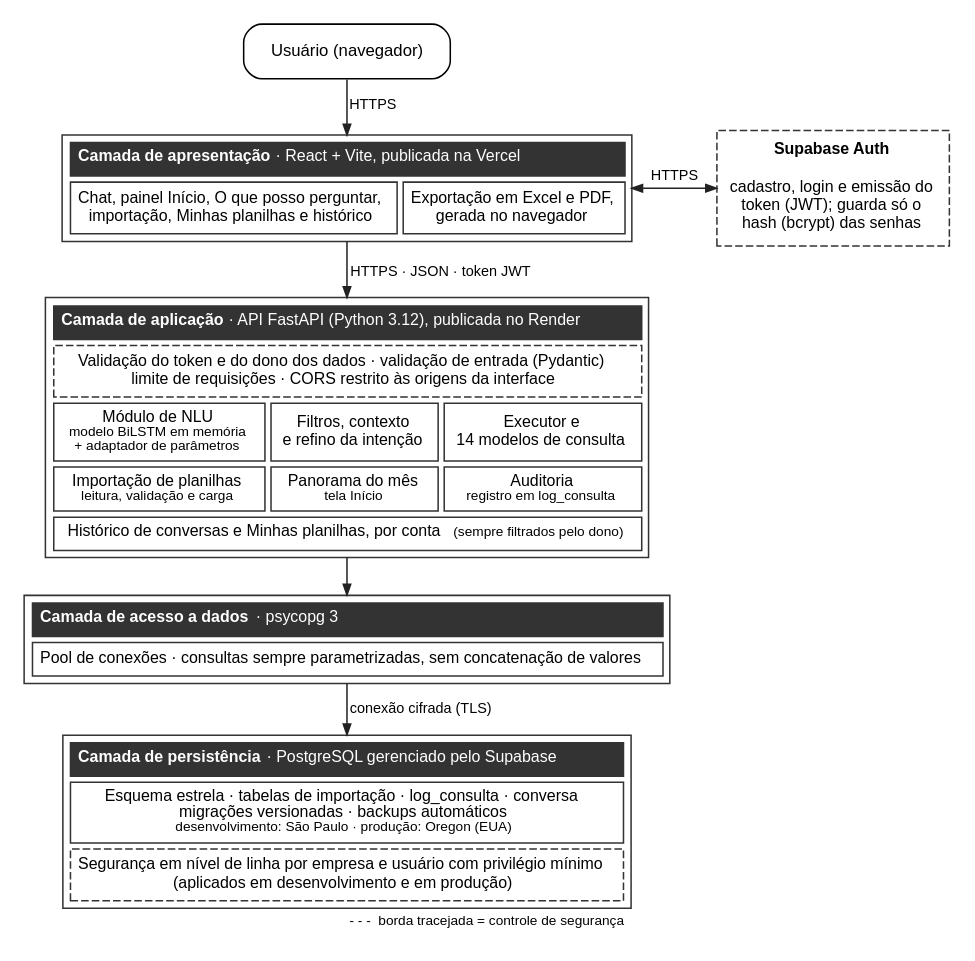
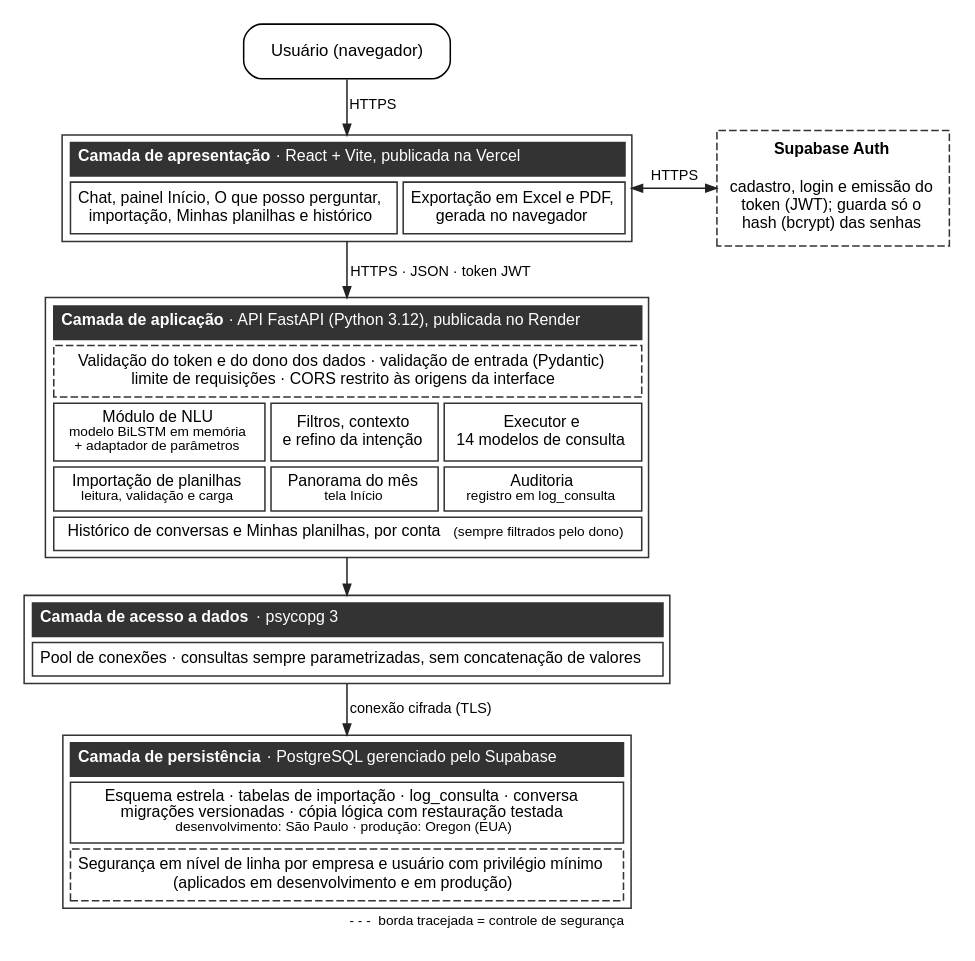
The diagram in docs/diagramas/arquitetura_camadas.dot (intellix-tcc/Intellix), drawn with Graphviz before and after one commit. The commit also changed 3 other files, not shown here.

Commit message:
docs(diagramas): figura 6 sem backup automatico e hexagonal com achados 07-01 a 07-04

```diff
--- a/docs/diagramas/arquitetura_camadas.dot
+++ b/docs/diagramas/arquitetura_camadas.dot
@@ -1,48 +1,48 @@
 // Figura 6 do TCC: arquitetura em camadas, como implantada.
 // Borda tracejada = controle de segurança. Gerar:
 //   dot -Tpng -Gdpi=200 arquitetura_camadas.dot -o arquitetura_camadas.png
 digraph arquitetura {
   graph [rankdir=TB, fontname="Arial", nodesep=0.3, ranksep=0.32, pad=0.12,
          label="- - -  borda tracejada = controle de segurança", labelloc=b, fontsize=9];
   node  [shape=plain, fontname="Arial", fontsize=10.5];
   edge  [fontname="Arial", fontsize=9.5, arrowsize=0.7, color="#222222"];
 
   usuario [shape=box, style="rounded", label="Usuário (navegador)", fontsize=11, margin="0.25,0.08"];
 
   apresentacao [label=<<TABLE BORDER="1" CELLBORDER="1" CELLSPACING="4" CELLPADDING="4" COLOR="#333333">
     <TR><TD COLSPAN="2" BGCOLOR="#333333" ALIGN="LEFT"><FONT COLOR="white"><B>Camada de apresentação</B> · React + Vite, publicada na Vercel</FONT></TD></TR>
     <TR><TD>Chat, painel Início, O que posso perguntar,<BR/>importação, Minhas planilhas e histórico</TD>
         <TD>Exportação em Excel e PDF,<BR/>gerada no navegador</TD></TR></TABLE>>];
 
   auth [label=<<TABLE BORDER="1" CELLBORDER="0" CELLPADDING="5" COLOR="#333333" STYLE="dashed">
     <TR><TD><B>Supabase Auth</B></TD></TR>
     <TR><TD>cadastro, login e emissão do<BR/>token (JWT); guarda só o<BR/>hash (bcrypt) das senhas</TD></TR></TABLE>>];
 
   aplicacao [label=<<TABLE BORDER="1" CELLBORDER="1" CELLSPACING="4" CELLPADDING="4" COLOR="#333333">
     <TR><TD COLSPAN="3" BGCOLOR="#333333" ALIGN="LEFT"><FONT COLOR="white"><B>Camada de aplicação</B> · API FastAPI (Python 3.12), publicada no Render</FONT></TD></TR>
     <TR><TD COLSPAN="3" STYLE="dashed">Validação do token e do dono dos dados · validação de entrada (Pydantic)<BR/>limite de requisições · CORS restrito às origens da interface</TD></TR>
     <TR><TD>Módulo de NLU<BR/><FONT POINT-SIZE="9">modelo BiLSTM em memória<BR/>+ adaptador de parâmetros</FONT></TD>
         <TD>Filtros, contexto<BR/>e refino da intenção</TD>
         <TD>Executor e<BR/>14 modelos de consulta</TD></TR>
     <TR><TD>Importação de planilhas<BR/><FONT POINT-SIZE="9">leitura, validação e carga</FONT></TD>
         <TD>Panorama do mês<BR/><FONT POINT-SIZE="9">tela Início</FONT></TD>
         <TD>Auditoria<BR/><FONT POINT-SIZE="9">registro em log_consulta</FONT></TD></TR>
     <TR><TD COLSPAN="3">Histórico de conversas e Minhas planilhas, por conta <FONT POINT-SIZE="9">(sempre filtrados pelo dono)</FONT></TD></TR></TABLE>>];
 
   dados [label=<<TABLE BORDER="1" CELLBORDER="1" CELLSPACING="4" CELLPADDING="4" COLOR="#333333">
     <TR><TD BGCOLOR="#333333" ALIGN="LEFT"><FONT COLOR="white"><B>Camada de acesso a dados</B> · psycopg 3</FONT></TD></TR>
     <TR><TD>Pool de conexões · consultas sempre parametrizadas, sem concatenação de valores</TD></TR></TABLE>>];
 
   persistencia [label=<<TABLE BORDER="1" CELLBORDER="1" CELLSPACING="4" CELLPADDING="4" COLOR="#333333">
     <TR><TD BGCOLOR="#333333" ALIGN="LEFT"><FONT COLOR="white"><B>Camada de persistência</B> · PostgreSQL gerenciado pelo Supabase</FONT></TD></TR>
-    <TR><TD>Esquema estrela · tabelas de importação · log_consulta · conversa<BR/>migrações versionadas · backups automáticos<BR/><FONT POINT-SIZE="9">desenvolvimento: São Paulo · produção: Oregon (EUA)</FONT></TD></TR>
+    <TR><TD>Esquema estrela · tabelas de importação · log_consulta · conversa<BR/>migrações versionadas · cópia lógica com restauração testada<BR/><FONT POINT-SIZE="9">desenvolvimento: São Paulo · produção: Oregon (EUA)</FONT></TD></TR>
     <TR><TD STYLE="dashed">Segurança em nível de linha por empresa e usuário com privilégio mínimo<BR/>(aplicados em desenvolvimento e em produção)</TD></TR></TABLE>>];
 
 
   {rank=same; apresentacao; auth;}
   usuario -> apresentacao [label=" HTTPS"];
   apresentacao -> auth [dir=both, label=" HTTPS", constraint=false];
   apresentacao -> aplicacao [label=" HTTPS · JSON · token JWT"];
   aplicacao -> dados;
   dados -> persistencia [label=" conexão cifrada (TLS)"];
 }
```
